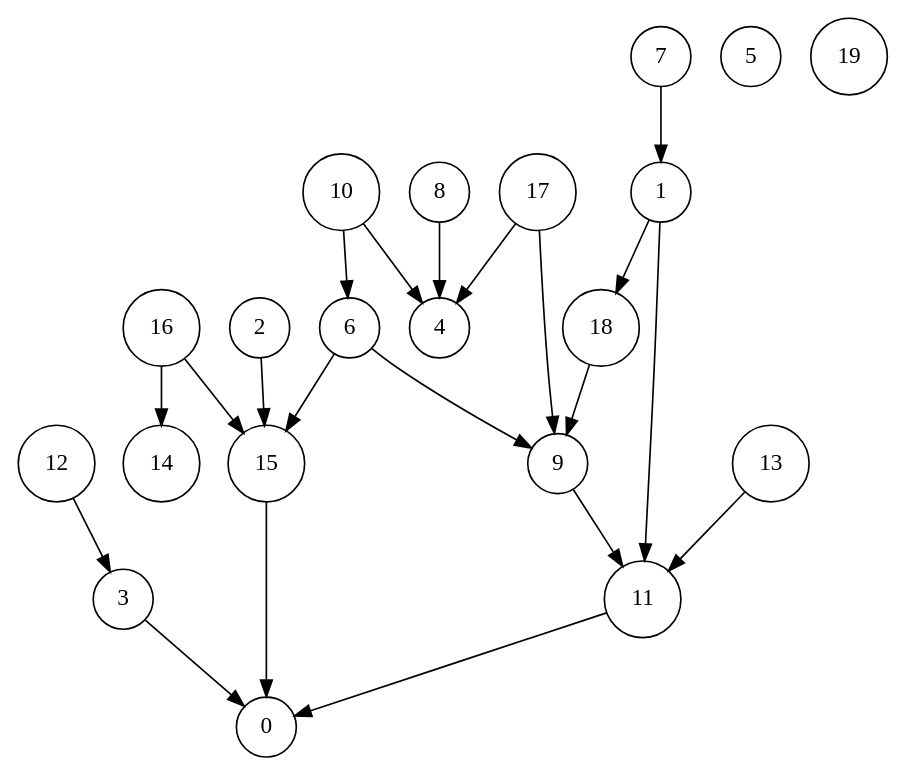
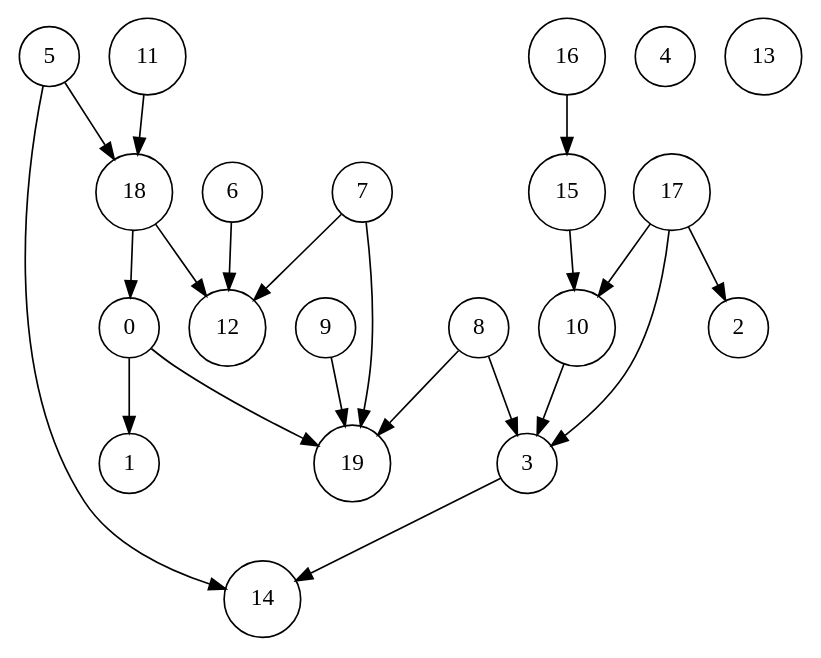
One commit to yongjinjiang/DirectedAcyclicGraph changed the diagram in fsm.gv. Above: the diagram before and after it, drawn with Graphviz. The commit also changed 5 other files, not shown here.

```diff
--- a/fsm.gv
+++ b/fsm.gv
@@ -1,68 +1,68 @@
 digraph finite_state_machine {
 	node [shape=circle]
 	0
 	1
 	2
 	3
 	4
 	5
 	6
 	7
 	8
 	9
 	10
 	11
 	12
 	13
 	14
 	15
 	16
 	17
 	18
 	19
 	{
 		rank=same
 	}
 	node [shape=circle]
 	0
 	1
 	2
 	3
 	4
 	5
 	6
 	7
 	8
 	9
 	10
 	11
 	12
 	13
 	14
 	15
 	16
 	17
 	18
 	19
 	node [shape=circle]
-	13 -> 11
-	6 -> 15
-	1 -> 11
-	15 -> 0
-	11 -> 0
+	17 -> 10
+	15 -> 10
+	6 -> 12
+	3 -> 14
+	5 -> 14
+	17 -> 2
+	0 -> 19
+	17 -> 3
+	10 -> 3
+	8 -> 3
+	18 -> 0
+	8 -> 19
 	16 -> 15
-	2 -> 15
-	3 -> 0
-	16 -> 14
-	10 -> 6
-	12 -> 3
-	6 -> 9
-	9 -> 11
-	7 -> 1
-	18 -> 9
-	10 -> 4
-	8 -> 4
-	17 -> 9
-	17 -> 4
-	1 -> 18
+	0 -> 1
+	7 -> 12
+	7 -> 19
+	18 -> 12
+	11 -> 18
+	5 -> 18
+	9 -> 19
 }
```
